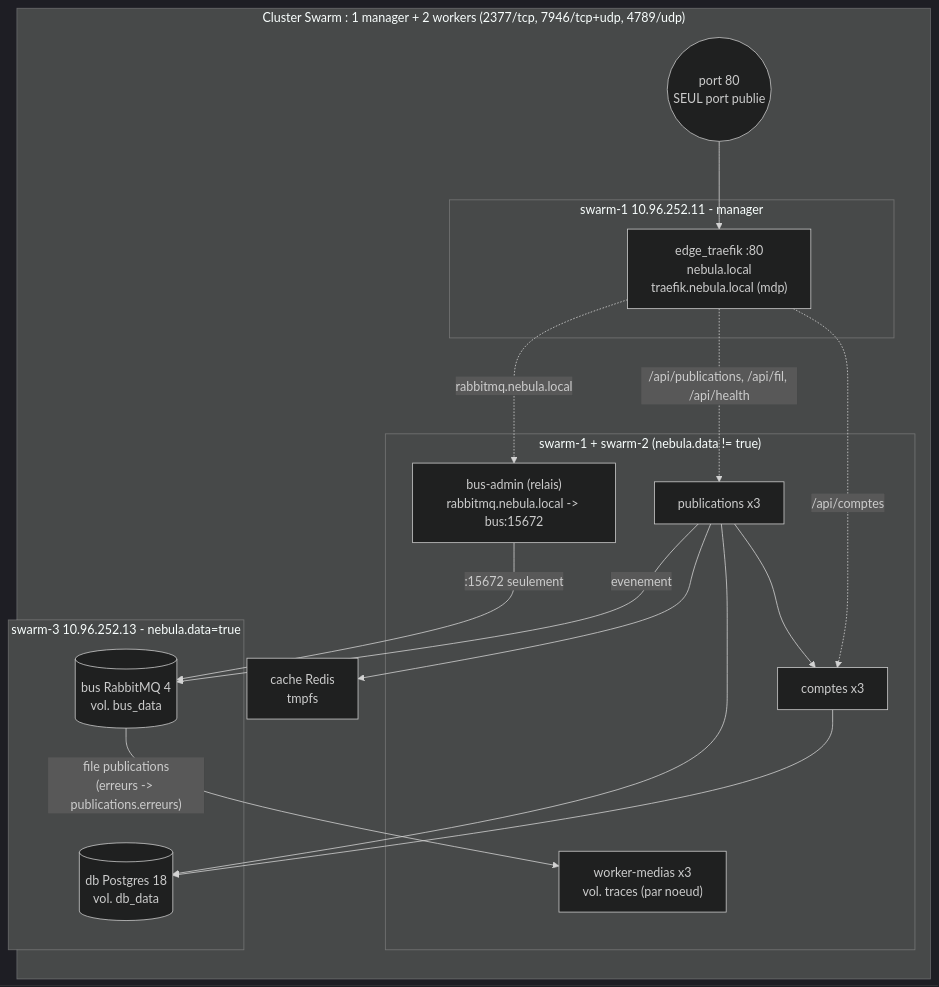
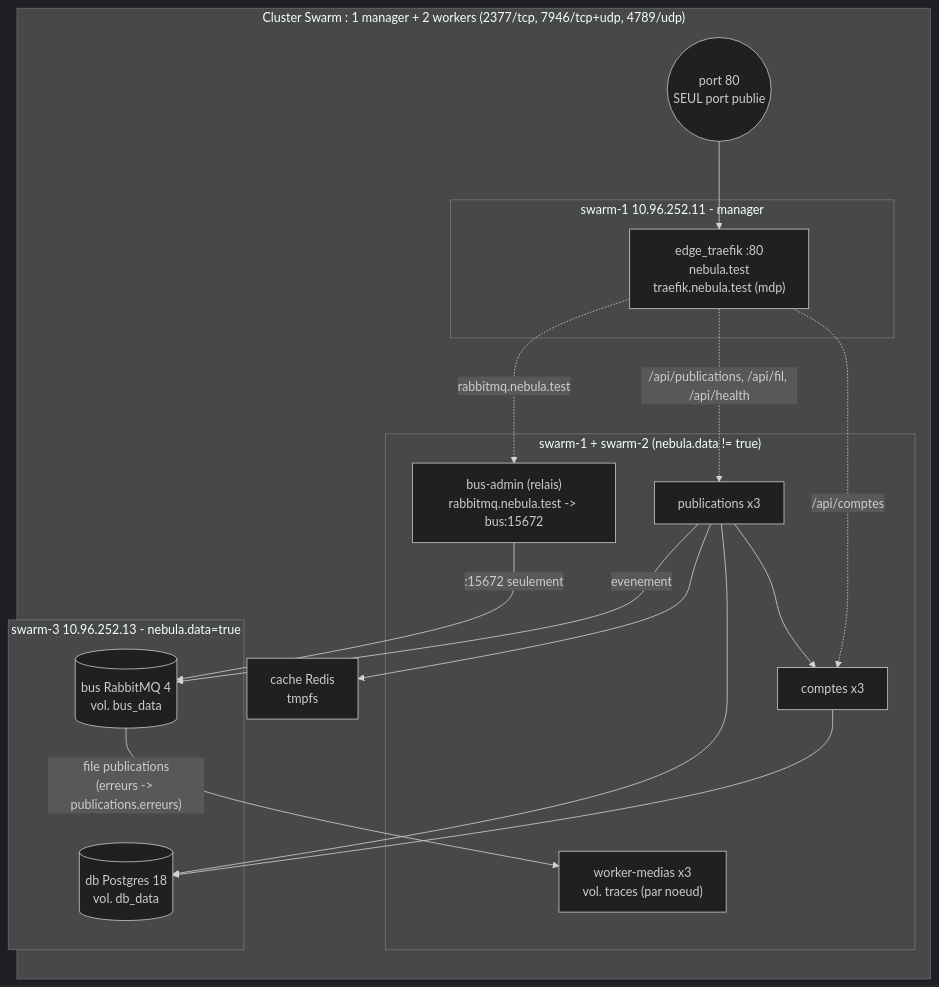
One commit to P0CEE/nebula changed the diagram in docs/schema-reseau.md. Above: the diagram before and after it, drawn with Mermaid (dark theme). The commit also changed 7 other files, not shown here.

Commit message:
fix: domaine nebula.test au lieu de nebula.local (macOS attend 5 s le mDNS sur .local)

````diff
--- a/docs/schema-reseau.md
+++ b/docs/schema-reseau.md
@@ -7,35 +7,35 @@
 ```mermaid
 flowchart TB
   subgraph swarm["Cluster Swarm : 1 manager + 2 workers (2377/tcp, 7946/tcp+udp, 4789/udp)"]
     direction TB
     ingress(("port 80<br/>SEUL port publie"))
 
     subgraph s1["swarm-1 10.96.252.11 - manager"]
-      traefik["edge_traefik :80<br/>nebula.local<br/>traefik.nebula.local (mdp)"]
+      traefik["edge_traefik :80<br/>nebula.test<br/>traefik.nebula.test (mdp)"]
     end
     subgraph s12["swarm-1 + swarm-2 (nebula.data != true)"]
       comptes["comptes x3"]
       publications["publications x3"]
       worker["worker-medias x3<br/>vol. traces (par noeud)"]
-      busadmin["bus-admin (relais)<br/>rabbitmq.nebula.local -> bus:15672"]
+      busadmin["bus-admin (relais)<br/>rabbitmq.nebula.test -> bus:15672"]
     end
     subgraph s3["swarm-3 10.96.252.13 - nebula.data=true"]
       db[("db Postgres 18<br/>vol. db_data")]
       bus[("bus RabbitMQ 4<br/>vol. bus_data")]
     end
     cache["cache Redis<br/>tmpfs"]
   end
 
   ingress --> traefik
   traefik -. "/api/comptes" .-> comptes
   traefik -. "/api/publications, /api/fil, /api/health" .-> publications
-  traefik -. "rabbitmq.nebula.local" .-> busadmin
+  traefik -. "rabbitmq.nebula.test" .-> busadmin
 
   comptes --> db
   publications --> comptes
   publications --> db
   publications --> cache
   publications -- "evenement" --> bus
   bus -- "file publications<br/>(erreurs -> publications.erreurs)" --> worker
   busadmin -- ":15672 seulement" --> bus
 ```
````
